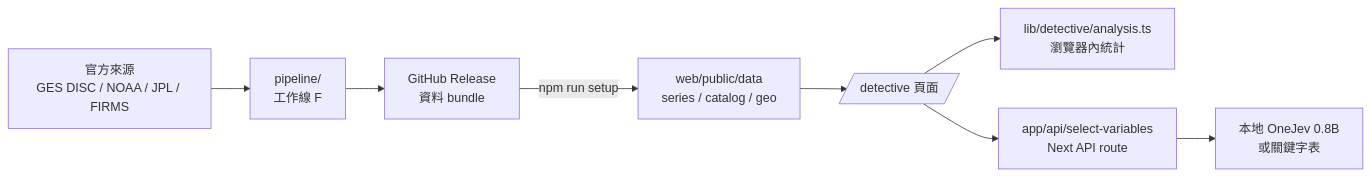
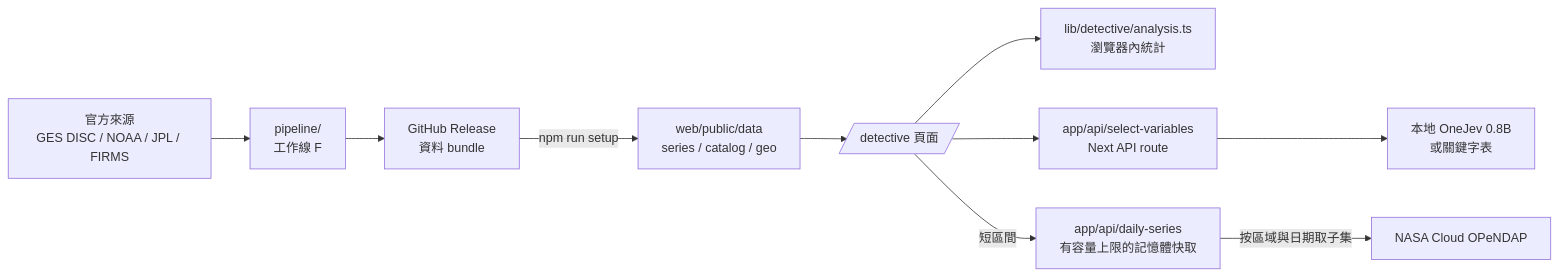
Before and after one commit to oliiiiiiiiii/aqua-trend: the second of 3 diagrams in SPEC.md, drawn with Mermaid. The commit also changed other lines of this file and 36 other files, not shown here.

First line of the commit message:
[contract change] Add on-demand daily series for short events

````diff
--- a/SPEC.md
+++ b/SPEC.md
@@ -135,10 +135,12 @@
 ```mermaid
 flowchart LR
     N[官方來源<br/>GES DISC / NOAA / JPL / FIRMS] --> F[pipeline/<br/>工作線 F]
     F --> G[GitHub Release<br/>資料 bundle]
     G -->|npm run setup| J[web/public/data<br/>series / catalog / geo]
     J --> P[/detective 頁面/]
     P --> A[lib/detective/analysis.ts<br/>瀏覽器內統計]
     P --> R[app/api/select-variables<br/>Next API route]
     R --> M[本地 OneJev 0.8B<br/>或關鍵字表]
+    P -->|短區間| D[app/api/daily-series<br/>有容量上限的記憶體快取]
+    D -->|按區域與日期取子集| O[NASA Cloud OPeNDAP]
 ```
````
